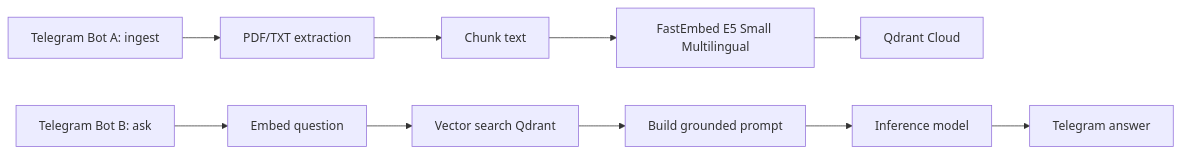
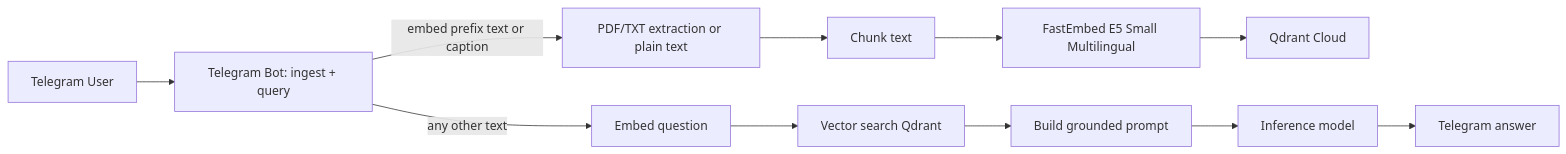
The diagram in README.md (A-I-M-S/skill-rag-qdrant), drawn with Mermaid before and after one commit. The commit also changed other lines of this file and 16 other files, not shown here.

First line of the commit message:
Unify into single Telegram bot with owner-managed allowlist

````diff
--- a/README.md
+++ b/README.md
@@ -7,12 +7,13 @@
 ```mermaid
 flowchart LR
-  A[Telegram Bot A: ingest] --> B[PDF/TXT extraction]
-  B --> C[Chunk text]
+  U[Telegram User] --> B[Telegram Bot: ingest + query]
+  B -- "embed prefix text or caption" --> X[PDF/TXT extraction or plain text]
+  X --> C[Chunk text]
   C --> D[FastEmbed E5 Small Multilingual]
   D --> E[Qdrant Cloud]
-  F[Telegram Bot B: ask] --> G[Embed question]
+  B -- "any other text" --> G[Embed question]
   G --> H[Vector search Qdrant]
   H --> I[Build grounded prompt]
   I --> J[Inference model]
   J --> K[Telegram answer]
 ```
````
